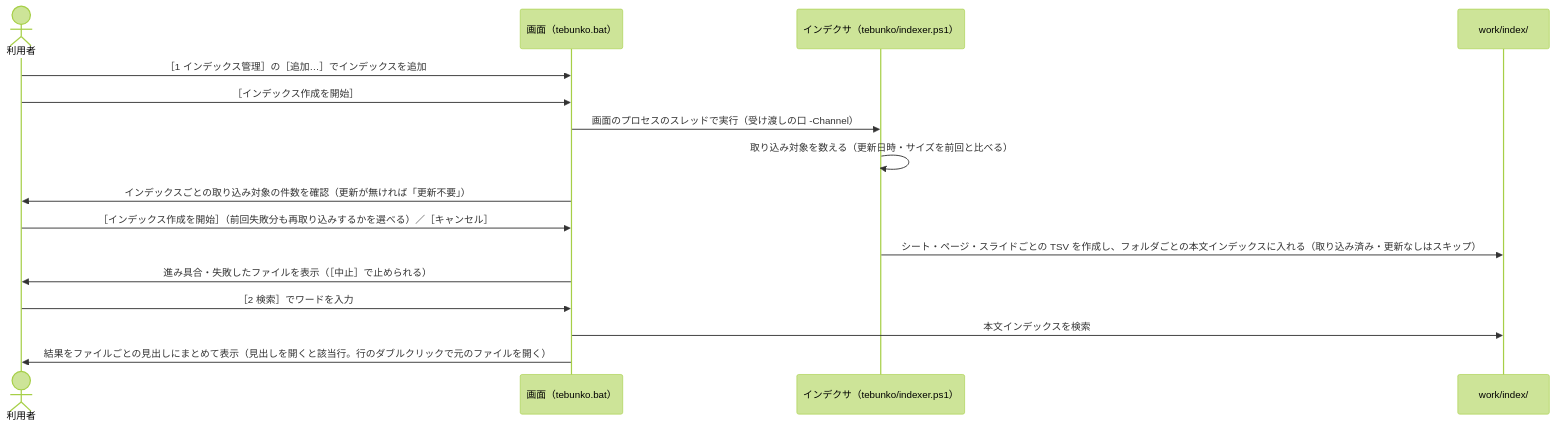
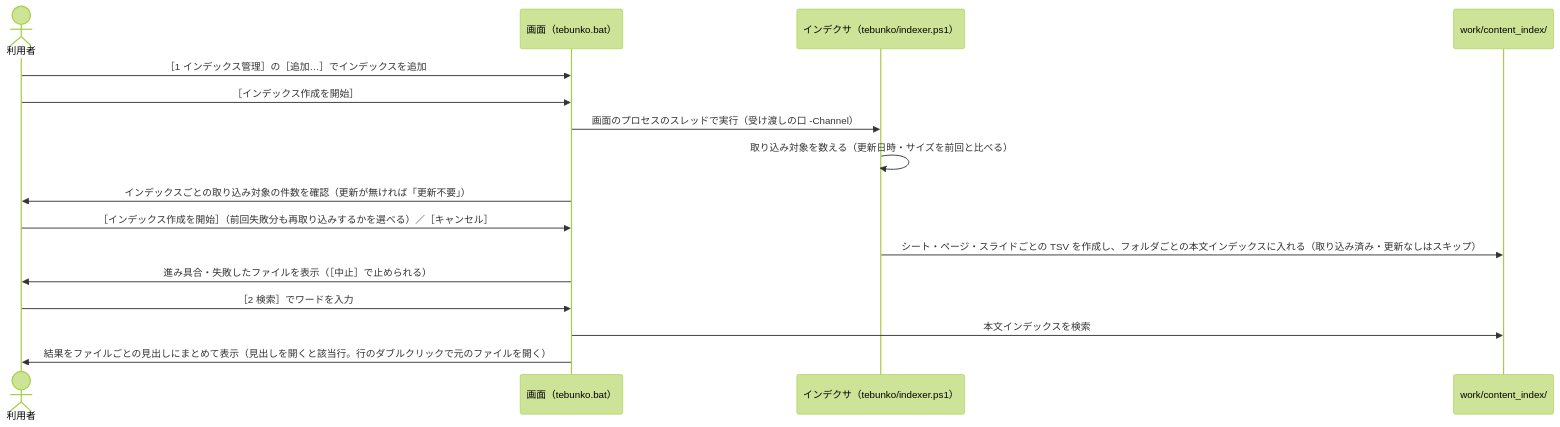
One commit to hsgwa/tebunko changed the second of 2 diagrams in docs/design/index.md. Above: the diagram before and after it, drawn with Mermaid (forest theme). The commit also changed other lines of this file and 29 other files, not shown here.

First line of the commit message:
docs: 設計書・手引き・README・SECURITY のフォルダ名・ファイル名を content_index・system_index にそろえる

````diff
--- a/docs/design/index.md
+++ b/docs/design/index.md
@@ -137,19 +137,19 @@
 ```mermaid
 sequenceDiagram
     actor U as 利用者
     participant G as 画面（tebunko.bat）
     participant CV as インデクサ（tebunko/indexer.ps1）
-    participant W as work/index/
+    participant W as work/content_index/
 
     U->>G: ［1 インデックス管理］の［追加…］でインデックスを追加
     U->>G: ［インデックス作成を開始］
     G->>CV: 画面のプロセスのスレッドで実行（受け渡しの口 -Channel）
     CV->>CV: 取り込み対象を数える（更新日時・サイズを前回と比べる）
     G->>U: インデックスごとの取り込み対象の件数を確認（更新が無ければ「更新不要」）
     U->>G: ［インデックス作成を開始］（前回失敗分も再取り込みするかを選べる）／［キャンセル］
     CV->>W: シート・ページ・スライドごとの TSV を作成し、フォルダごとの本文インデックスに入れる（取り込み済み・更新なしはスキップ）
     G->>U: 進み具合・失敗したファイルを表示（［中止］で止められる）
     U->>G: ［2 検索］でワードを入力
     G->>W: 本文インデックスを検索
     G->>U: 結果をファイルごとの見出しにまとめて表示（見出しを開くと該当行。行のダブルクリックで元のファイルを開く）
 ```
````
